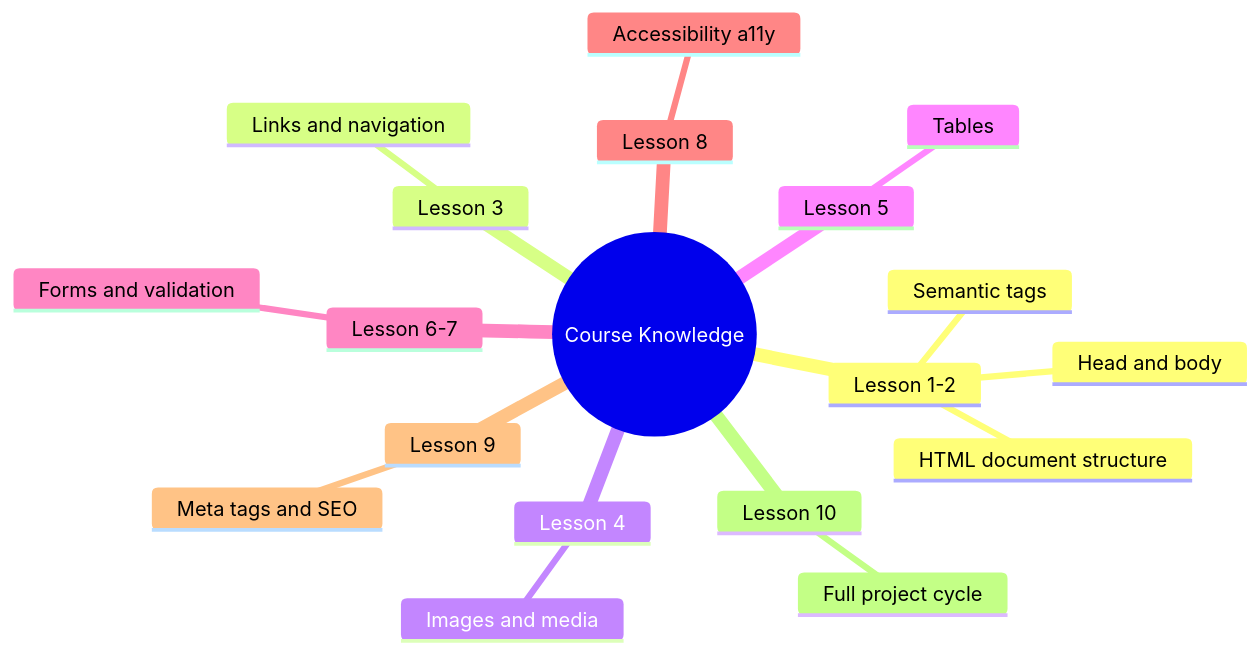
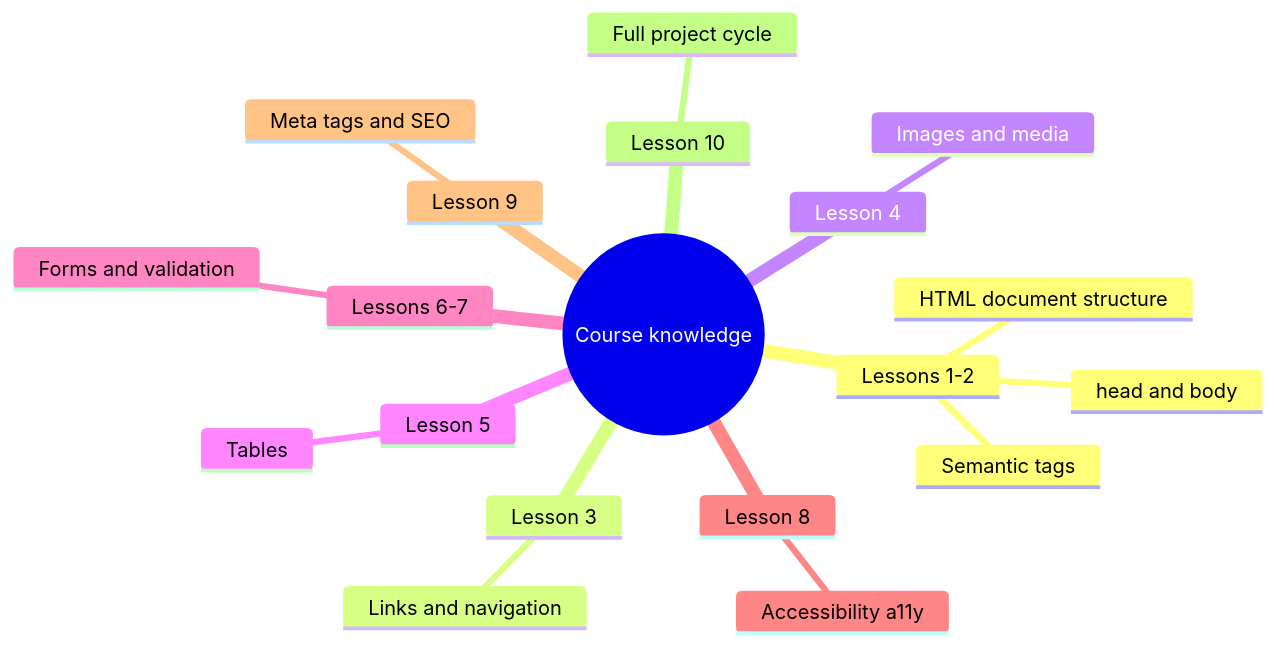
The second of 2 diagrams in HTML/Lesson-10/en/Final project from planning to publication.md (JLearn-space/JLearn-docs), drawn with Mermaid before and after one commit. The commit also changed other lines of this file and 148 other files, not shown here.

````diff
--- a/HTML/Lesson-10/en/Final project from planning to publication.md
+++ b/HTML/Lesson-10/en/Final project from planning to publication.md
@@ -376,23 +391,23 @@
 ```mermaid
 mindmap
-  root((Course Knowledge))
-    Lesson 1-2
+  root((Course knowledge))
+    Lessons 1-2
       HTML document structure
       Semantic tags
-      Head and body
+      head and body
     Lesson 3
       Links and navigation
     Lesson 4
       Images and media
     Lesson 5
       Tables
-    Lesson 6-7
+    Lessons 6-7
       Forms and validation
     Lesson 8
       Accessibility a11y
     Lesson 9
       Meta tags and SEO
     Lesson 10
       Full project cycle
 
 ```
````
